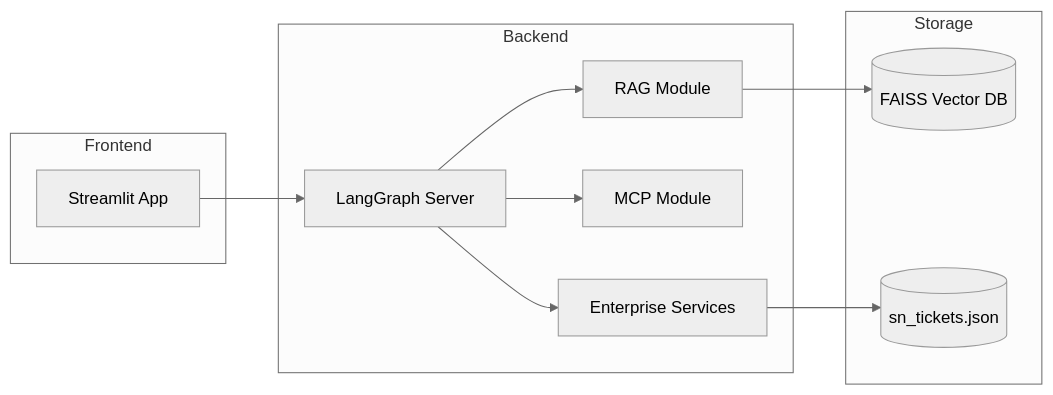
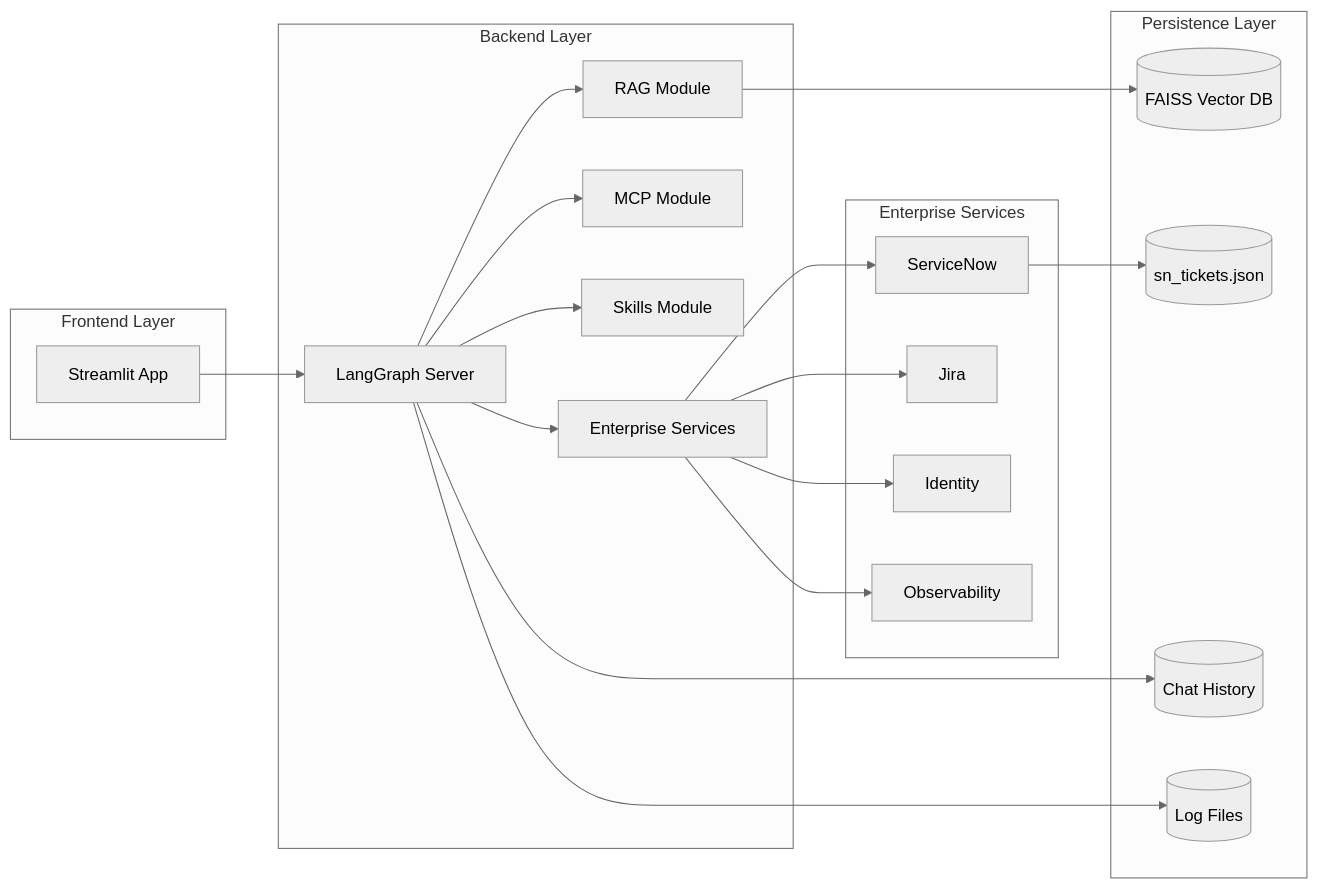
The diagram in PROJECT_DESCRIPTION.md (yongkui/project-aero), drawn with Mermaid (neutral theme) before and after one commit.

Commit message:
docs: Complete Mermaid architecture diagram with all components
- Add Skills Module to backend layer
- Add Enterprise Services breakdown (ServiceNow, Jira, Identity, Observability)
- Add Chat History and Log Files to persistence layer
- Update layer naming for clarity

````diff
--- a/PROJECT_DESCRIPTION.md
+++ b/PROJECT_DESCRIPTION.md
@@ -26,22 +26,38 @@
 ```mermaid
 graph LR
-    subgraph Frontend
+    subgraph Frontend Layer
         A[Streamlit App]
     end
-    subgraph Backend
+    subgraph Backend Layer
         B[LangGraph Server]
         C[RAG Module]
         D[MCP Module]
-        E[Enterprise Services]
+        E[Skills Module]
+        F[Enterprise Services]
     end
-    subgraph Storage
-        F[(FAISS Vector DB)]
-        G[(sn_tickets.json)]
+    subgraph Enterprise Services
+        G[ServiceNow]
+        H[Jira]
+        I[Identity]
+        J[Observability]
+    end
+    subgraph Persistence Layer
+        K[(FAISS Vector DB)]
+        L[(sn_tickets.json)]
+        M[(Chat History)]
+        N[(Log Files)]
     end
     A --> B
     B --> C
     B --> D
     B --> E
-    C --> F
-    E --> G
+    B --> F
+    F --> G
+    F --> H
+    F --> I
+    F --> J
+    C --> K
+    G --> L
+    B --> M
+    B --> N
 ```
````
